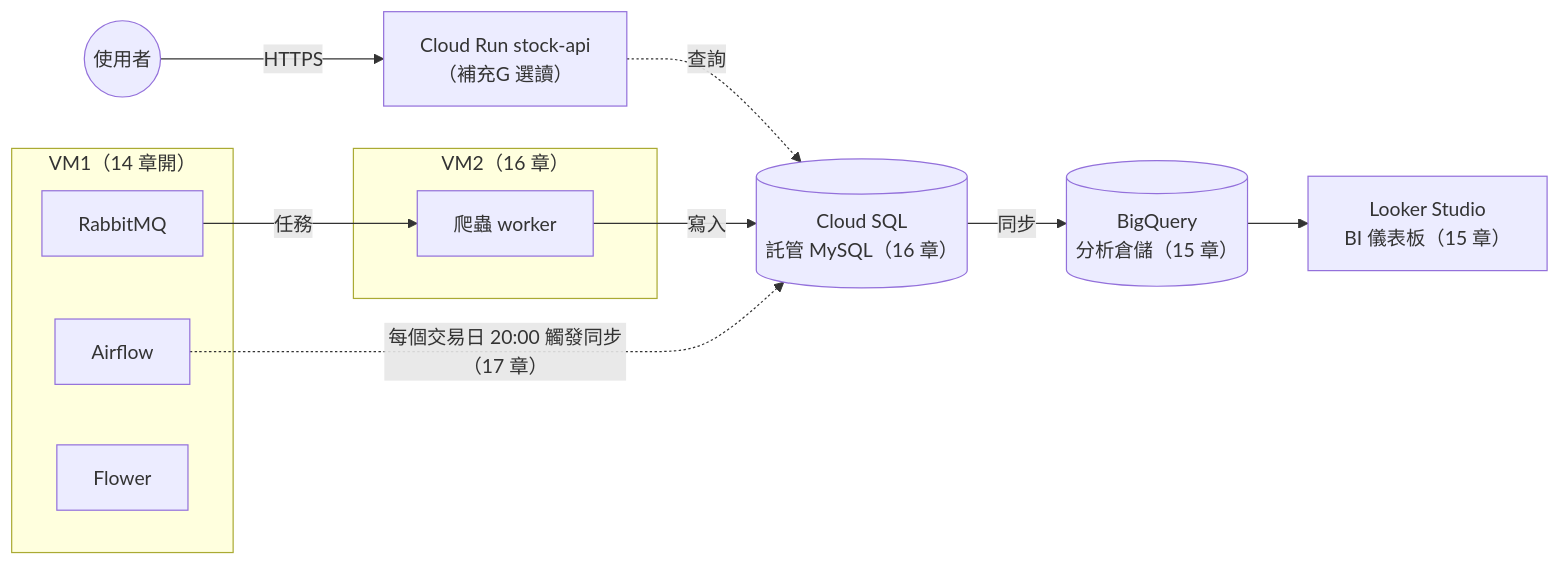
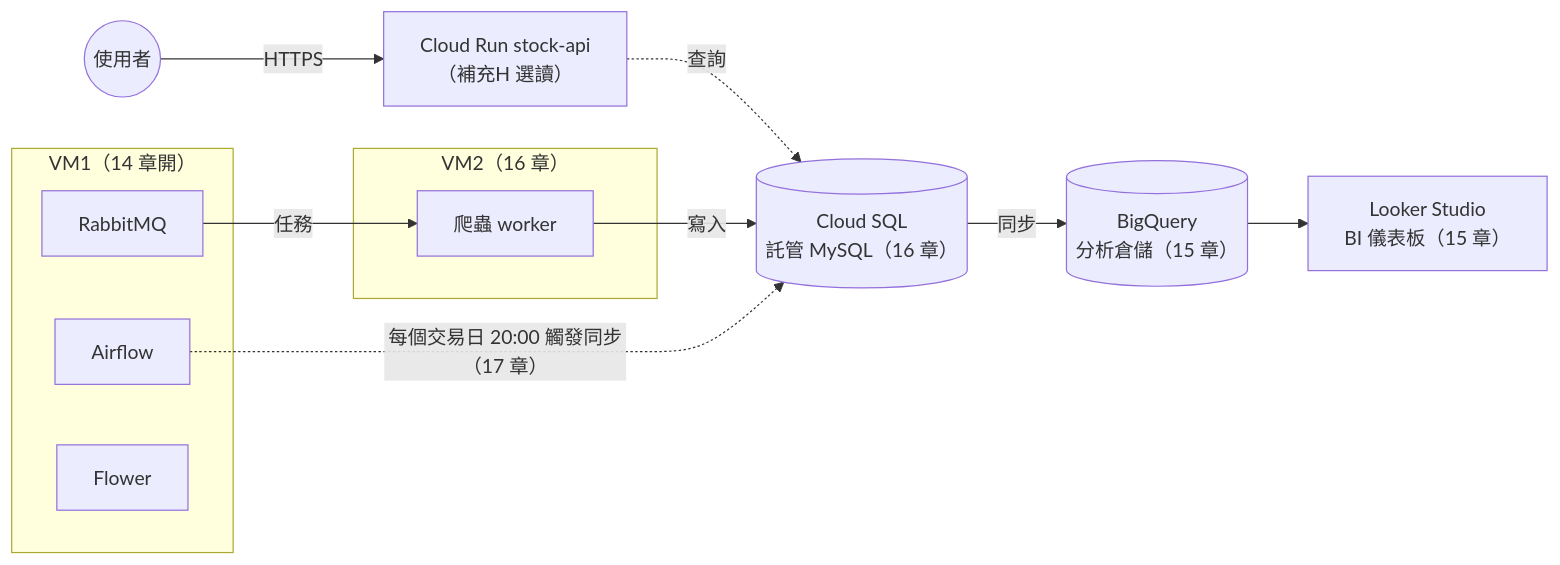
The second of 2 diagrams in 課程手冊/課程手冊14 - GCP開通與雲端部署.md (lu791019/stock-crawler-de-course-materials), drawn with Mermaid before and after one commit. The commit also changed other lines of this file and 34 other files, not shown here.

Commit message:
refactor: 補充章重排為閱讀順序——draw.io=A、Cloud Run=H，全手冊交叉引用與圖片目錄同步；README 補充表與主線章節表更新

````diff
--- a/課程手冊/課程手冊14 - GCP開通與雲端部署.md
+++ b/課程手冊/課程手冊14 - GCP開通與雲端部署.md
@@ -198,18 +198,18 @@
 ```mermaid
 flowchart LR
-    U(("使用者")) -->|HTTPS| CR["Cloud Run stock-api<br/>（補充G 選讀）"]
+    U(("使用者")) -->|HTTPS| CR["Cloud Run stock-api<br/>（補充H 選讀）"]
     CR -.->|查詢| SQL
     subgraph VM1["VM1（14 章開）"]
         AF["Airflow"]
         MQ["RabbitMQ"]
         FL["Flower"]
     end
     subgraph VM2["VM2（16 章）"]
         W["爬蟲 worker"]
     end
     MQ -->|任務| W
     W -->|寫入| SQL[("Cloud SQL<br/>託管 MySQL（16 章）")]
     AF -.->|"每個交易日 20:00 觸發同步（17 章）"| SQL
     SQL -->|同步| BQ[("BigQuery<br/>分析倉儲（15 章）")]
     BQ --> LS["Looker Studio<br/>BI 儀表板（15 章）"]
 ```
````
